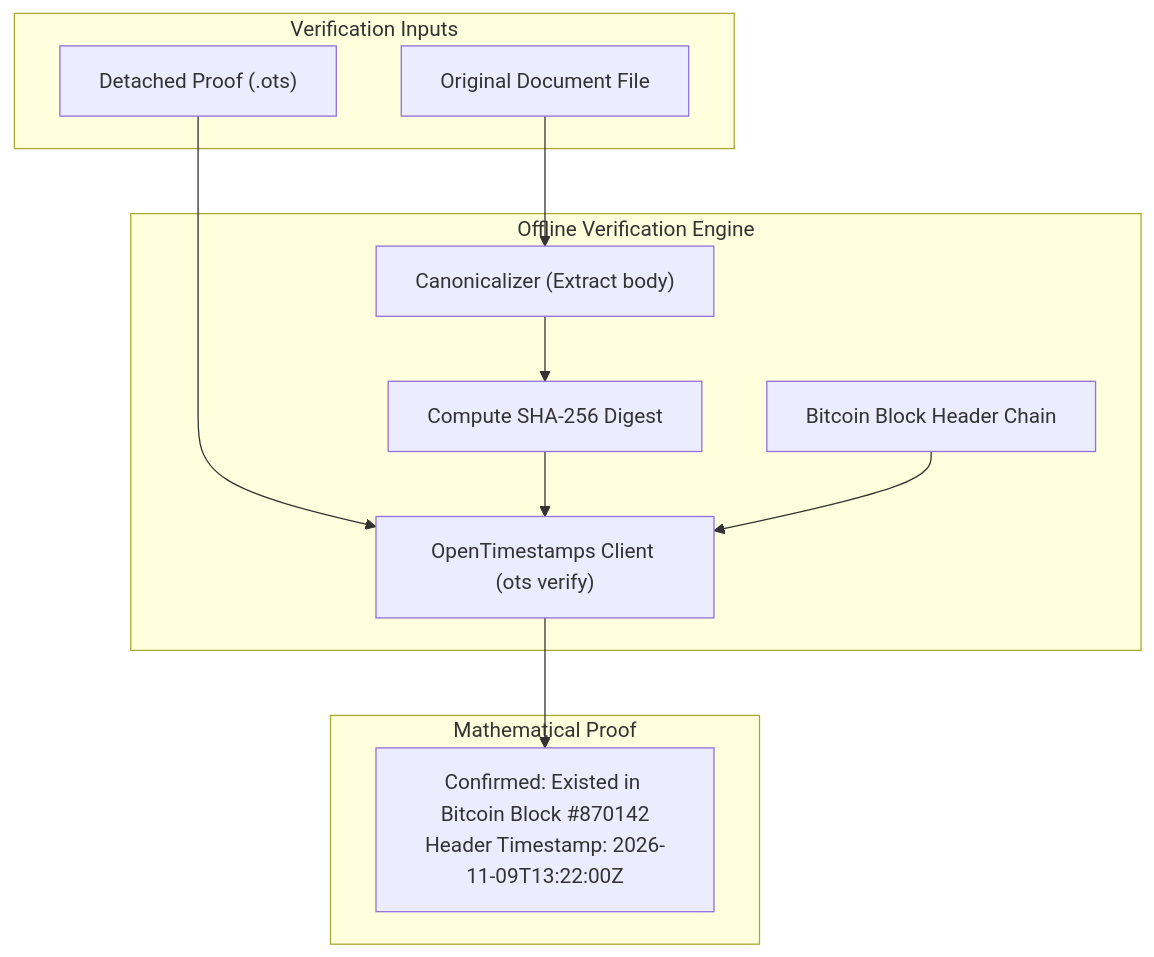
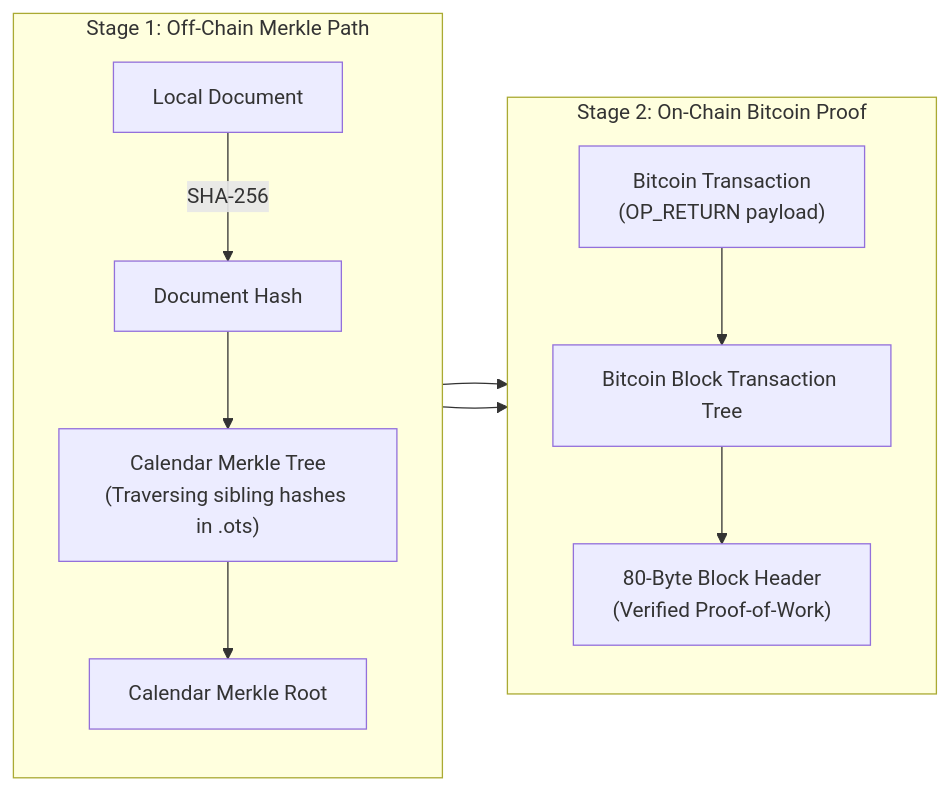
Before and after one commit to gfilardo/gf-blog: the fourth of 4 diagrams in content/posts/decentralized-timestamps-implementing-timestamps-pipelines-and-verification.md, drawn with Mermaid. The commit also changed other lines of this file and 1 other file, not shown here.

Commit message:
update decentralized-timestamp posts

````diff
--- a/content/posts/decentralized-timestamps-implementing-timestamps-pipelines-and-verification.md
+++ b/content/posts/decentralized-timestamps-implementing-timestamps-pipelines-and-verification.md
@@ -223,23 +208,18 @@
-```mermaid#wide The independent verification pipeline.
-flowchart TD
-    subgraph INPUTS["Verification Inputs"]
-        DOC["Original Document File"]
-        PROOF["Detached Proof (.ots)"]
+```mermaid#wide The two-stage verification path: from document hash to Bitcoin block header.
+flowchart LR
+    subgraph STAGE1["Stage 1: Off-Chain Merkle Path"]
+        direction TB
+        DOC["Local Document"] -->|SHA-256| LEAF["Document Hash"]
+        LEAF --> TREE["Calendar Merkle Tree<br/>(Traversing sibling hashes in .ots)"]
+        TREE --> ROOT["Calendar Merkle Root"]
     end
 
-    subgraph VERIFY["Offline Verification Engine"]
-        CANON["Canonicalizer (Extract body)"]
-        HASH["Compute SHA-256 Digest"]
-        OTS_CLI["OpenTimestamps Client (ots verify)"]
-        BTC_HEADERS["Bitcoin Block Header Chain"]
+    subgraph STAGE2["Stage 2: On-Chain Bitcoin Proof"]
+        direction TB
+        ROOT --> TX["Bitcoin Transaction<br/>(OP_RETURN payload)"]
+        TX --> BLOCK_TREE["Bitcoin Block Transaction Tree"]
+        BLOCK_TREE --> HEADER["80-Byte Block Header<br/>(Verified Proof-of-Work)"]
     end
 
-    subgraph RESULT["Mathematical Proof"]
-        OUT["Confirmed: Existed in Bitcoin Block #870142<br/>Header Timestamp: 2026-11-09T13:22:00Z"]
-    end
-
-    DOC --> CANON --> HASH
-    PROOF & HASH --> OTS_CLI
-    BTC_HEADERS --> OTS_CLI
-    OTS_CLI --> OUT
+    STAGE1 --> STAGE2
 ```
````
